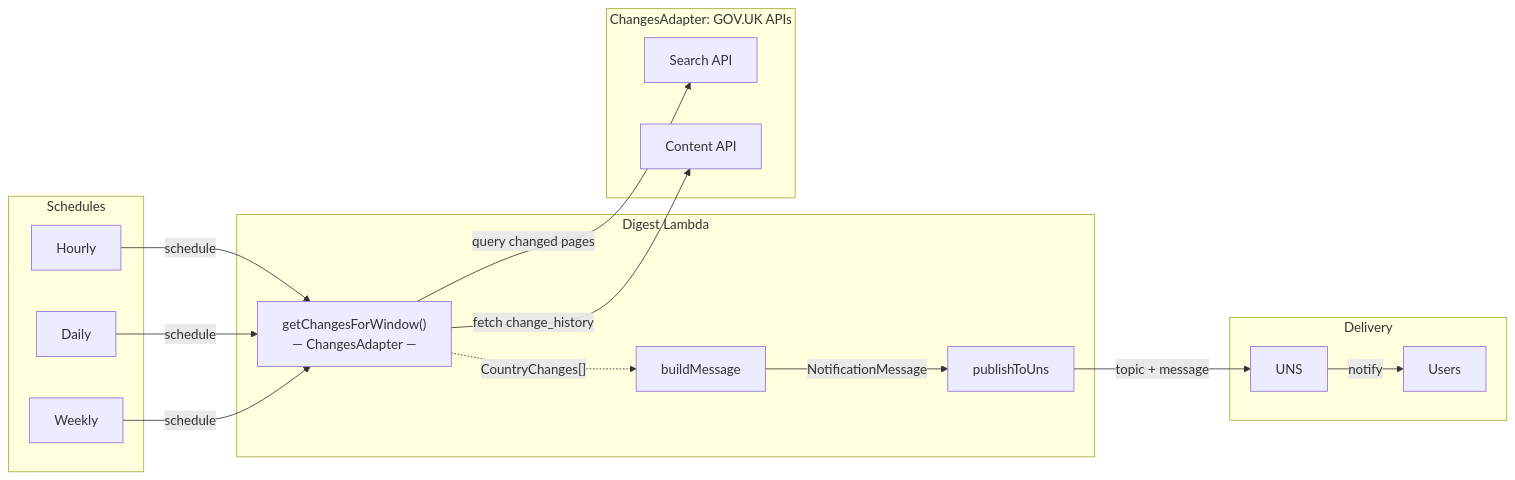
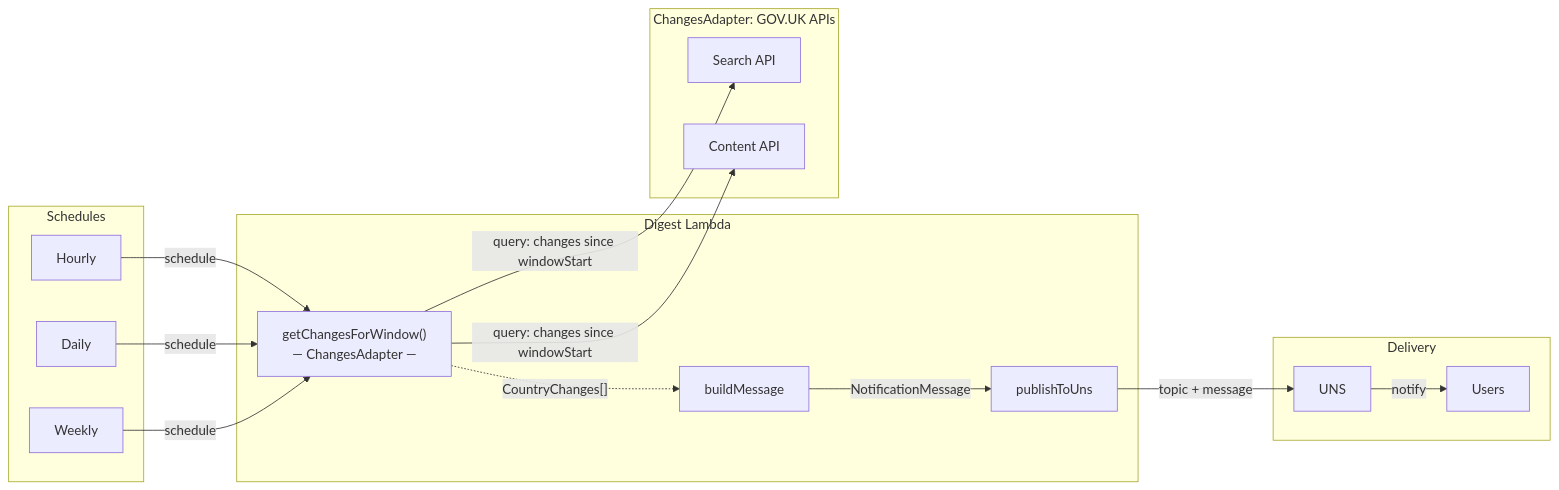
Before and after one commit to govuk-once/events-aggregator: the first of 2 diagrams in README.md, drawn with Mermaid.

Commit message:
docs: unify adapter arrow in current diagram to match future
Single arrow from getChangesForWindow to the adapter with the same
contract label as the future diagram: "query: changes since windowStart"

````diff
--- a/README.md
+++ b/README.md
@@ -7,32 +7,31 @@
 ```mermaid
 flowchart LR
     subgraph Schedules
         H[Hourly]
         D[Daily]
         W[Weekly]
     end
 
     subgraph "Digest Lambda"
         GCW["getChangesForWindow()\n— ChangesAdapter —"]
         Build[buildMessage]
         Pub[publishToUns]
     end
 
     subgraph "ChangesAdapter: GOV.UK APIs"
         SA[Search API]
         CA[Content API]
     end
 
     subgraph Delivery
         UNS[UNS]
         Users[Users]
     end
 
     H & D & W -->|schedule| GCW
-    GCW -->|query changed pages| SA
-    GCW -->|fetch change_history| CA
+    GCW -->|"query: changes since windowStart"| SA & CA
     GCW -.->|"CountryChanges[]"| Build
     Build -->|NotificationMessage| Pub
     Pub -->|topic + message| UNS
     UNS -->|notify| Users
 ```
````
